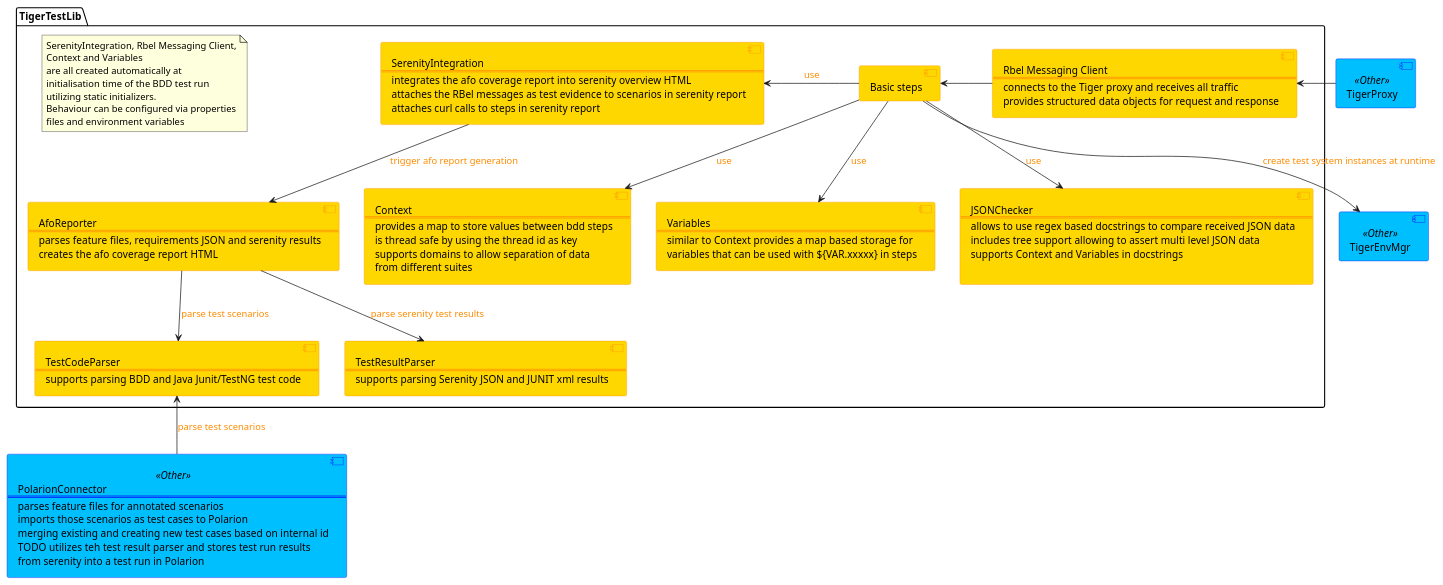
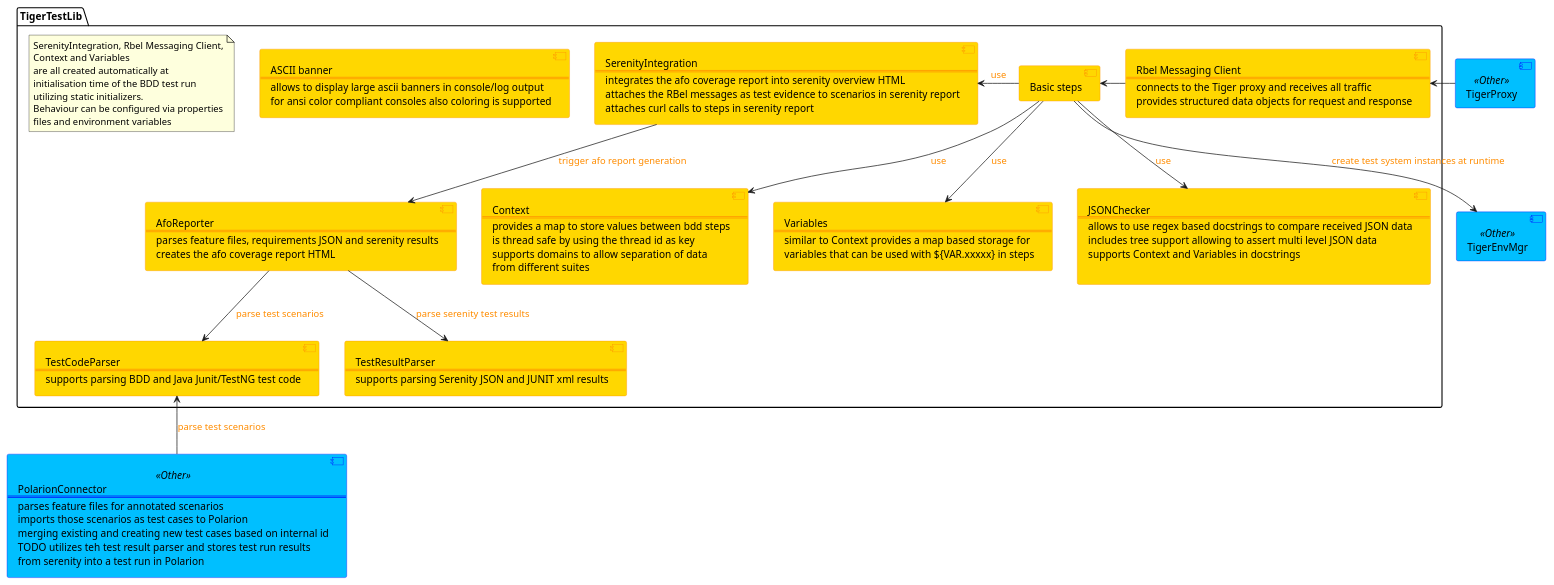
Before and after one commit to gematik/app-Tiger: the diagram in doc/specification/tiger-test-lib_components.puml, drawn with PlantUML. The commit also changed 60 other files, not shown here.

```diff
--- a/doc/specification/tiger-test-lib_components.puml
+++ b/doc/specification/tiger-test-lib_components.puml
@@ -1,111 +1,116 @@
 @startuml
 skinparam component {
     BackgroundColor Gold
     BorderColor DarkOrange
     BackgroundColor<<External>> LightGray
     BorderColor<<External>> Blue
     BackgroundColor<<Idp>> LightGreen
     BorderColor<<Idp>> Green
     BackgroundColor<<Other>> DeepSkyBlue
     BorderColor<<Other>> Blue
     BackgroundColor<<NextRelease>> LightGray
     FontColor<<NextRelease>> Gray
     BorderColor<<NextRelease>> Gray
     ArrowColor<<HTTP>> DodgerBlue
     FontColor<<HTTP>> Gray
     ArrowFontColor DarkOrange
     ArrowThickness 1
 }
 
 skinparam interface {
     BorderColor<<HTTP>> DodgerBlue
 }
 
     component TigerProxy as tp <<Other>>
     component TigerEnvMgr as tem <<Other>>
     component polc <<Other>> [PolarionConnector
       ===
       parses feature files for annotated scenarios
       imports those scenarios as test cases to Polarion
       merging existing and creating new test cases based on internal id
       TODO utilizes teh test result parser and stores test run results
       from serenity into a test run in Polarion
     ]
 
     package TigerTestLib {
       component "Basic steps" as bs
       component jsonchck [JSONChecker
         ===
         allows to use regex based docstrings to compare received JSON data
         includes tree support allowing to assert multi level JSON data
         supports Context and Variables in docstrings
 
       ]
       component ctxt [Context
         ===
         provides a map to store values between bdd steps
         is thread safe by using the thread id as key
         supports domains to allow separation of data
         from different suites
       ]
       component var [Variables
         ===
         similar to Context provides a map based storage for
         variables that can be used with ${VAR.xxxxx} in steps
       ]
       component rbelcli [Rbel Messaging Client
         ===
         connects to the Tiger proxy and receives all traffic
         provides structured data objects for request and response
       ]
       component aforep [AfoReporter
         ===
         parses feature files, requirements JSON and serenity results
         creates the afo coverage report HTML
       ]
       component codepars [TestCodeParser
         ===
         supports parsing BDD and Java Junit/TestNG test code
       ]
       component resparse [TestResultParser
         ===
         supports parsing Serenity JSON and JUNIT xml results
       ]
       component serint [SerenityIntegration
         ===
         integrates the afo coverage report into serenity overview HTML
         attaches the RBel messages as test evidence to scenarios in serenity report
         attaches curl calls to steps in serenity report
       ]
+      component banner [ASCII banner
+        ===
+        allows to display large ascii banners in console/log output
+        for ansi color compliant consoles also coloring is supported
+      ]
 
           note as n1
             SerenityIntegration, Rbel Messaging Client,
             Context and Variables
             are all created automatically at
             initialisation time of the BDD test run
             utilizing static initializers.
             Behaviour can be configured via properties
             files and environment variables
           end note
 
 
     }
 
     aforep -down-> codepars : parse test scenarios
     aforep -down-> resparse : parse serenity test results
 
     polc -up-> codepars : parse test scenarios
 
     serint -down-> aforep : trigger afo report generation
 
     bs -down-> ctxt : use
     bs -down-> var : use
     bs -down-> jsonchck : use
     bs -left-> serint : use
 
     bs -down-> tem : create test system instances at runtime
 
     bs <-right- rbelcli
     tp -left-> rbelcli
 
 @enduml
```
